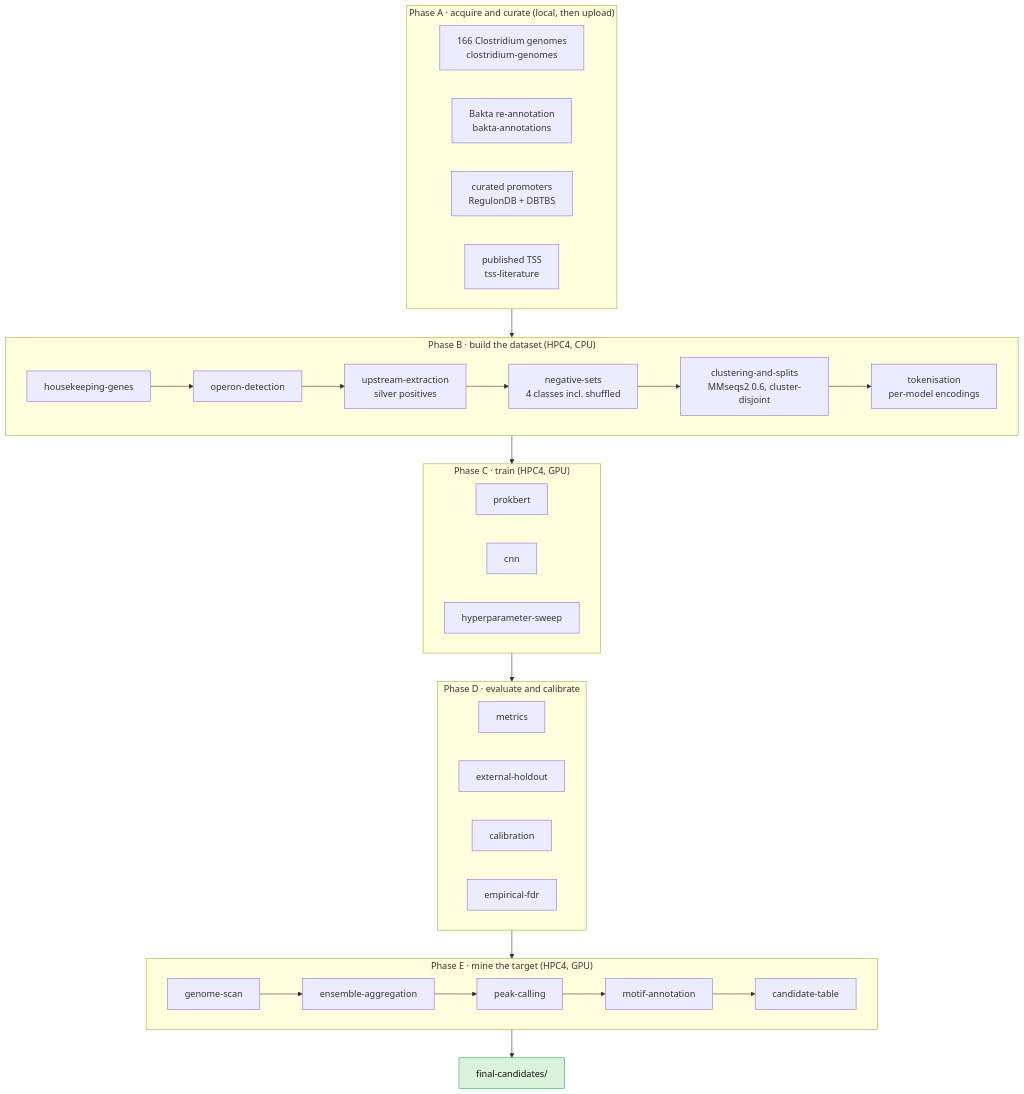
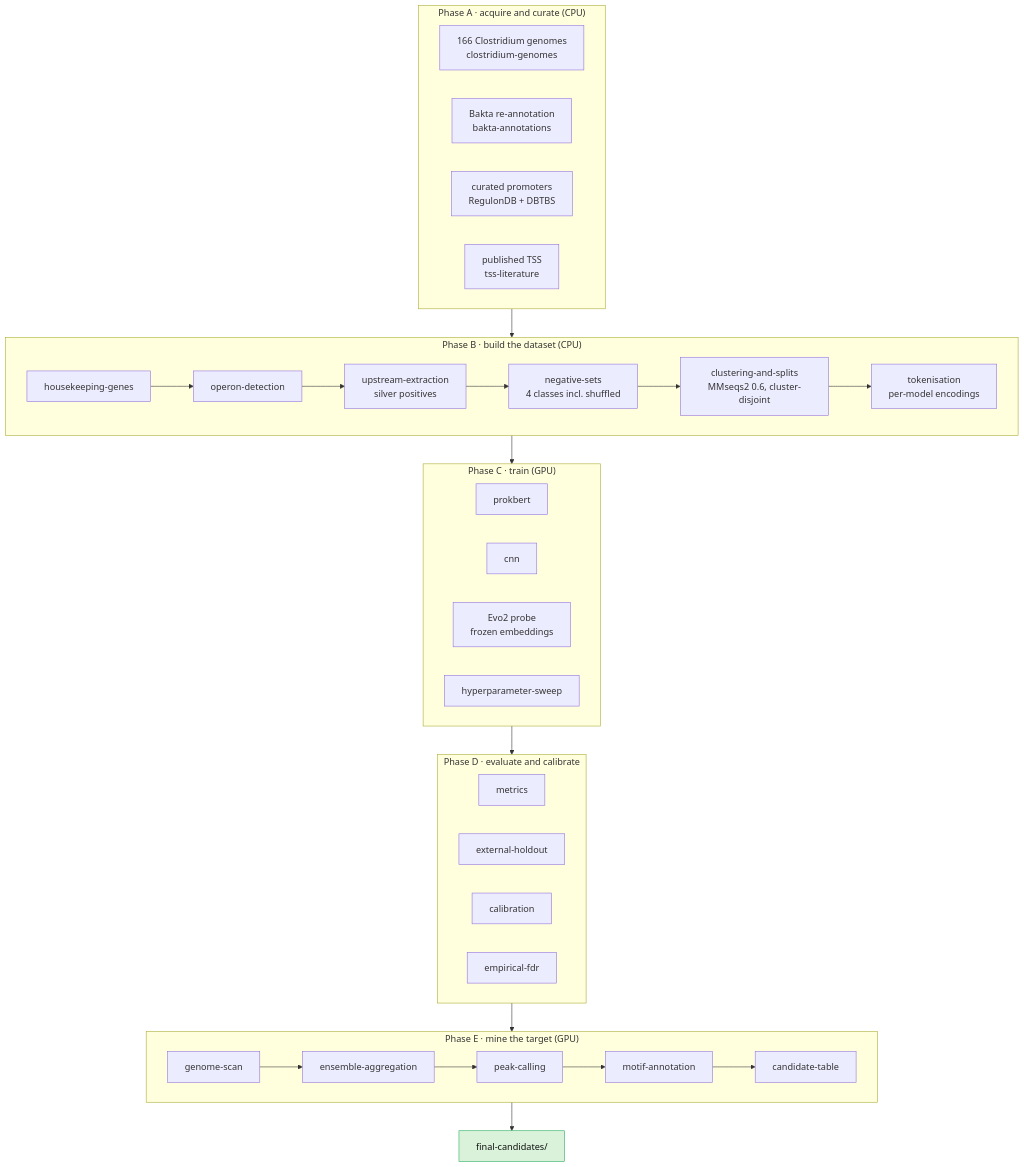
The third of 3 diagrams in README.md (HKUST-iGEM-2026/cb-promoter-mining), drawn with Mermaid before and after one commit. The commit also changed other lines of this file and 173 other files, not shown here.

````diff
--- a/README.md
+++ b/README.md
@@ -145,43 +201,44 @@
 ```mermaid
 flowchart TB
-  subgraph A["Phase A · acquire and curate  (local, then upload)"]
+  subgraph A["Phase A · acquire and curate  (CPU)"]
     A1["166 Clostridium genomes<br/>clostridium-genomes"]
     A2["Bakta re-annotation<br/>bakta-annotations"]
     A3["curated promoters<br/>RegulonDB + DBTBS"]
     A4["published TSS<br/>tss-literature"]
   end
 
-  subgraph B["Phase B · build the dataset  (HPC4, CPU)"]
+  subgraph B["Phase B · build the dataset  (CPU)"]
     B1["housekeeping-genes"] --> B2["operon-detection"]
     B2 --> B3["upstream-extraction<br/>silver positives"]
     B3 --> B4["negative-sets<br/>4 classes incl. shuffled"]
     B4 --> B5["clustering-and-splits<br/>MMseqs2 0.6, cluster-disjoint"]
     B5 --> B6["tokenisation<br/>per-model encodings"]
   end
 
-  subgraph C["Phase C · train  (HPC4, GPU)"]
+  subgraph C["Phase C · train  (GPU)"]
     C1["prokbert"]
     C2["cnn"]
-    C3["hyperparameter-sweep"]
+    C3["Evo2 probe<br/>frozen embeddings"]
+    C4["hyperparameter-sweep"]
   end
 
   subgraph D["Phase D · evaluate and calibrate"]
     D1["metrics"]
     D2["external-holdout"]
     D3["calibration"]
     D4["empirical-fdr"]
   end
 
-  subgraph E["Phase E · mine the target  (HPC4, GPU)"]
+  subgraph E["Phase E · mine the target  (GPU)"]
     E1["genome-scan"] --> E2["ensemble-aggregation"]
     E2 --> E3["peak-calling"]
     E3 --> E4["motif-annotation"]
     E4 --> E5["candidate-table"]
   end
 
   A --> B --> C --> D --> E
   E --> F["final-candidates/"]
 
   classDef done fill:#d9f2d9,stroke:#27ae60,color:#111;
   class F done;
 ```
````
